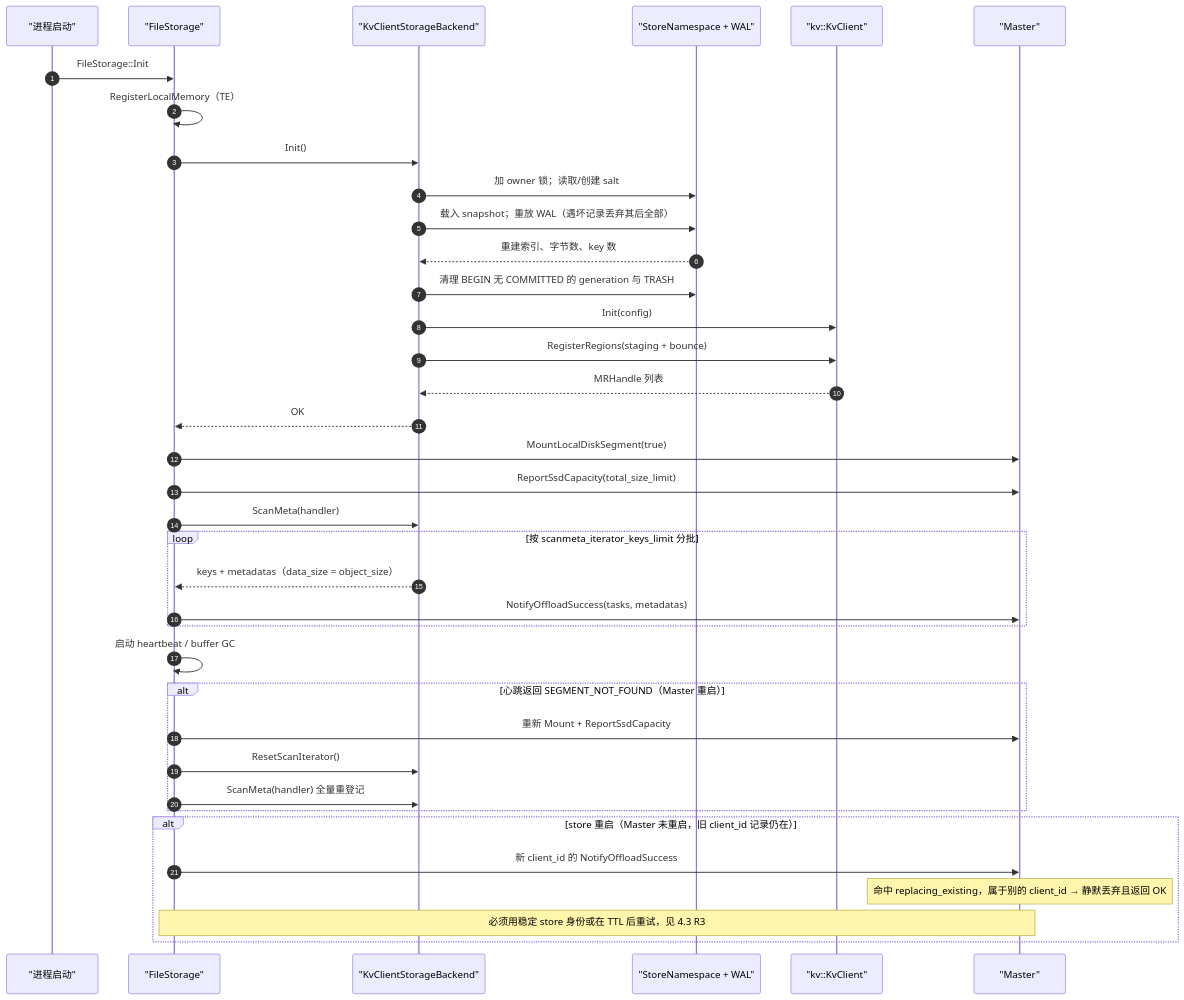
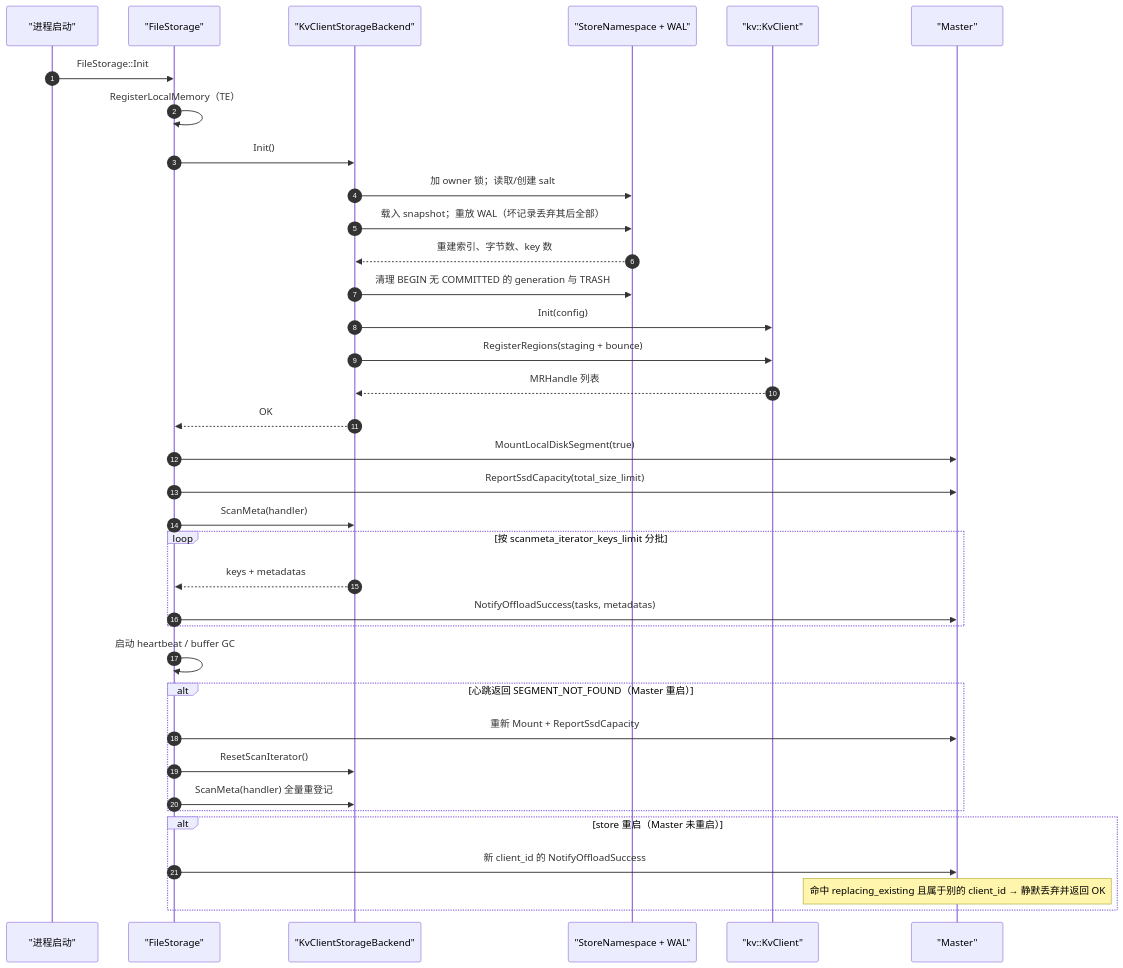
Before and after one commit to zwj20000328-dotcom/Mooncake-documents: the sixth of 9 diagrams in kvclient 作为 StorageBackendInterface 的设计与实验方案.md, drawn with Mermaid. The commit also changed other lines of this file and 3 other files, not shown here.

````diff
--- a/kvclient 作为 StorageBackendInterface 的设计与实验方案.md
+++ b/kvclient 作为 StorageBackendInterface 的设计与实验方案.md
@@ -510,42 +741,41 @@
 ```mermaid
 sequenceDiagram
     autonumber
     participant P as "进程启动"
     participant FS as "FileStorage"
     participant BE as "KvClientStorageBackend"
     participant J as "StoreNamespace + WAL"
     participant KC as "kv::KvClient"
     participant MS as "Master"
 
     P->>FS: FileStorage::Init
     FS->>FS: RegisterLocalMemory（TE）
     FS->>BE: Init()
     BE->>J: 加 owner 锁；读取/创建 salt
-    BE->>J: 载入 snapshot；重放 WAL（遇坏记录丢弃其后全部）
+    BE->>J: 载入 snapshot；重放 WAL（坏记录丢弃其后全部）
     J-->>BE: 重建索引、字节数、key 数
     BE->>J: 清理 BEGIN 无 COMMITTED 的 generation 与 TRASH
     BE->>KC: Init(config)
     BE->>KC: RegisterRegions(staging + bounce)
     KC-->>BE: MRHandle 列表
     BE-->>FS: OK
     FS->>MS: MountLocalDiskSegment(true)
     FS->>MS: ReportSsdCapacity(total_size_limit)
     FS->>BE: ScanMeta(handler)
     loop 按 scanmeta_iterator_keys_limit 分批
-        BE-->>FS: keys + metadatas（data_size = object_size）
+        BE-->>FS: keys + metadatas
         FS->>MS: NotifyOffloadSuccess(tasks, metadatas)
     end
     FS->>FS: 启动 heartbeat / buffer GC
 
     alt 心跳返回 SEGMENT_NOT_FOUND（Master 重启）
         FS->>MS: 重新 Mount + ReportSsdCapacity
         FS->>BE: ResetScanIterator()
         FS->>BE: ScanMeta(handler) 全量重登记
     end
 
-    alt store 重启（Master 未重启，旧 client_id 记录仍在）
+    alt store 重启（Master 未重启）
         FS->>MS: 新 client_id 的 NotifyOffloadSuccess
-        Note over MS: 命中 replacing_existing，属于别的 client_id → 静默丢弃且返回 OK
-        Note over FS,MS: 必须用稳定 store 身份或在 TTL 后重试，见 4.3 R3
+        Note over MS: 命中 replacing_existing 且属于别的 client_id → 静默丢弃并返回 OK
     end
 ```
````
